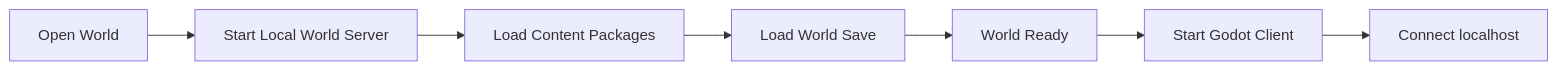
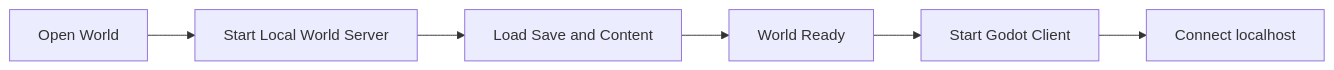
One commit to Ri0n72Y/idea-slime-bar changed the diagram in architecture/world-runtime.md. Above: the diagram before and after it, drawn with Mermaid. The commit also changed other lines of this file, not shown here.

Commit message:
docs: restore authoritative world simulation runtime

````diff
--- a/architecture/world-runtime.md
+++ b/architecture/world-runtime.md
@@ -35,17 +20,15 @@
 ```mermaid
 flowchart LR
     Open[Open World]
     Start[Start Local World Server]
-    Packages[Load Content Packages]
-    Save[Load World Save]
+    Load[Load Save and Content]
     Ready[World Ready]
-    Godot[Start Godot Client]
+    Client[Start Godot Client]
     Connect[Connect localhost]
 
     Open --> Start
-    Start --> Packages
-    Packages --> Save
-    Save --> Ready
-    Ready --> Godot
-    Godot --> Connect
+    Start --> Load
+    Load --> Ready
+    Ready --> Client
+    Client --> Connect
 ```
````
